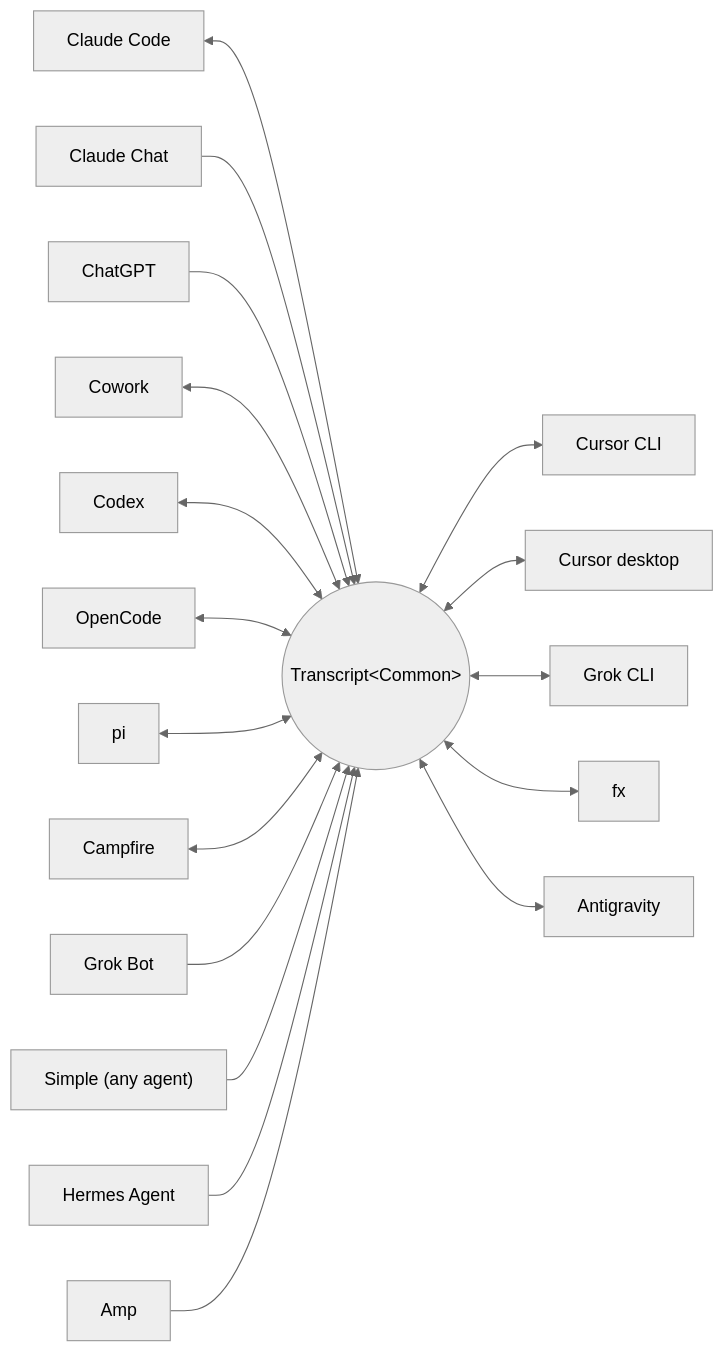
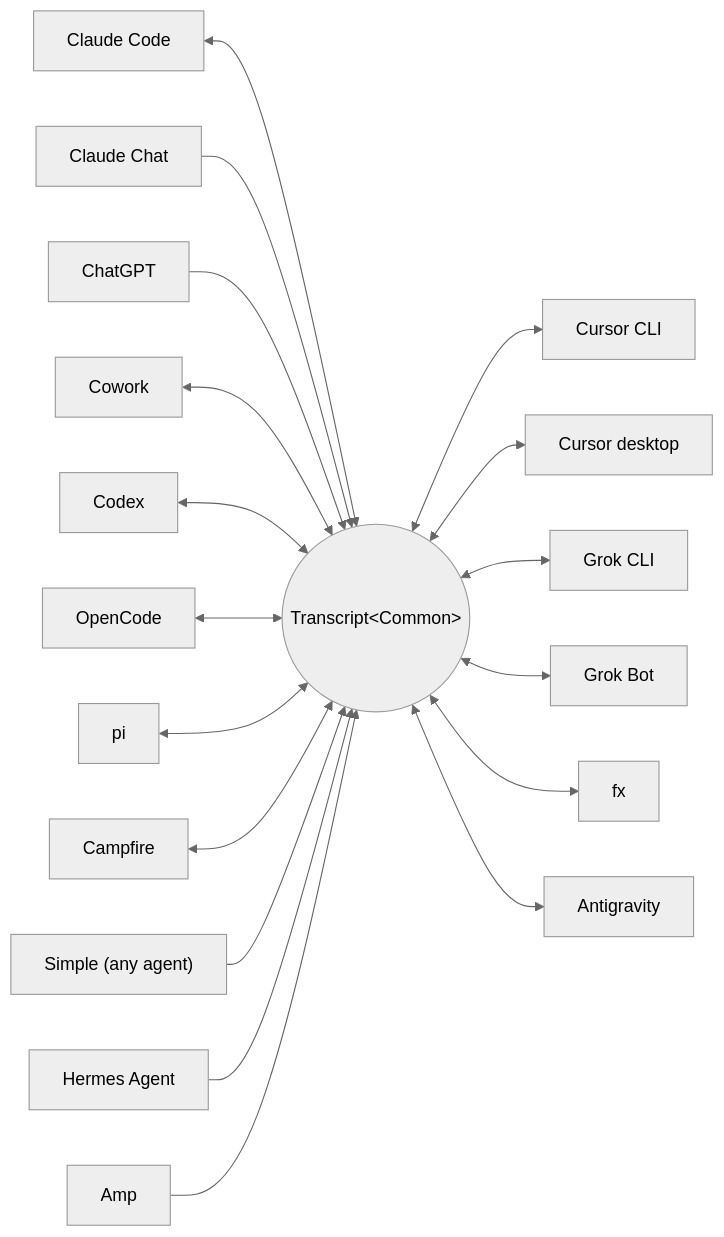
Before and after one commit to skillsynchq/txcript: the diagram in README.md, drawn with Mermaid (neutral theme). The commit also changed other lines of this file and 5 other files, not shown here.

First line of the commit message:
feat(grok_bot): mint continue-into via local gateway

````diff
--- a/README.md
+++ b/README.md
@@ -61,20 +61,20 @@
 ```mermaid
 flowchart LR
     claude["Claude Code"] <--> common(("Transcript&lt;Common&gt;"))
     claudechat["Claude Chat"] --> common
     chatgpt["ChatGPT"] --> common
     cowork["Cowork"] <--> common
     codex["Codex"] <--> common
     opencode["OpenCode"] <--> common
     pi["pi"] <--> common
     campfire["Campfire"] <--> common
     common <--> cursor["Cursor CLI"]
     common <--> cursordesktop["Cursor desktop"]
     common <--> grok["Grok CLI"]
-    grokbot["Grok Bot"] --> common
+    common <--> grokbot["Grok Bot"]
     common <--> fx["fx"]
     common <--> antigravity["Antigravity"]
     simple["Simple (any agent)"] --> common
     hermes["Hermes Agent"] --> common
     amp["Amp"] --> common
 ```
````
